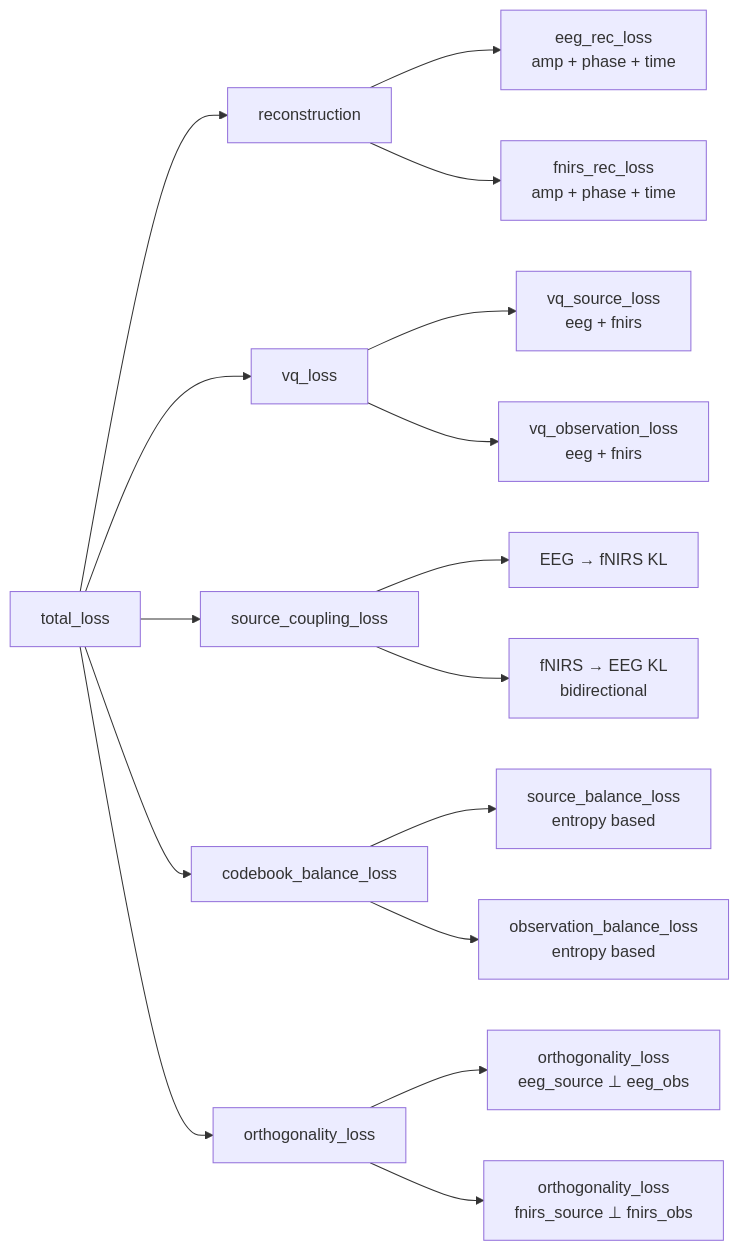
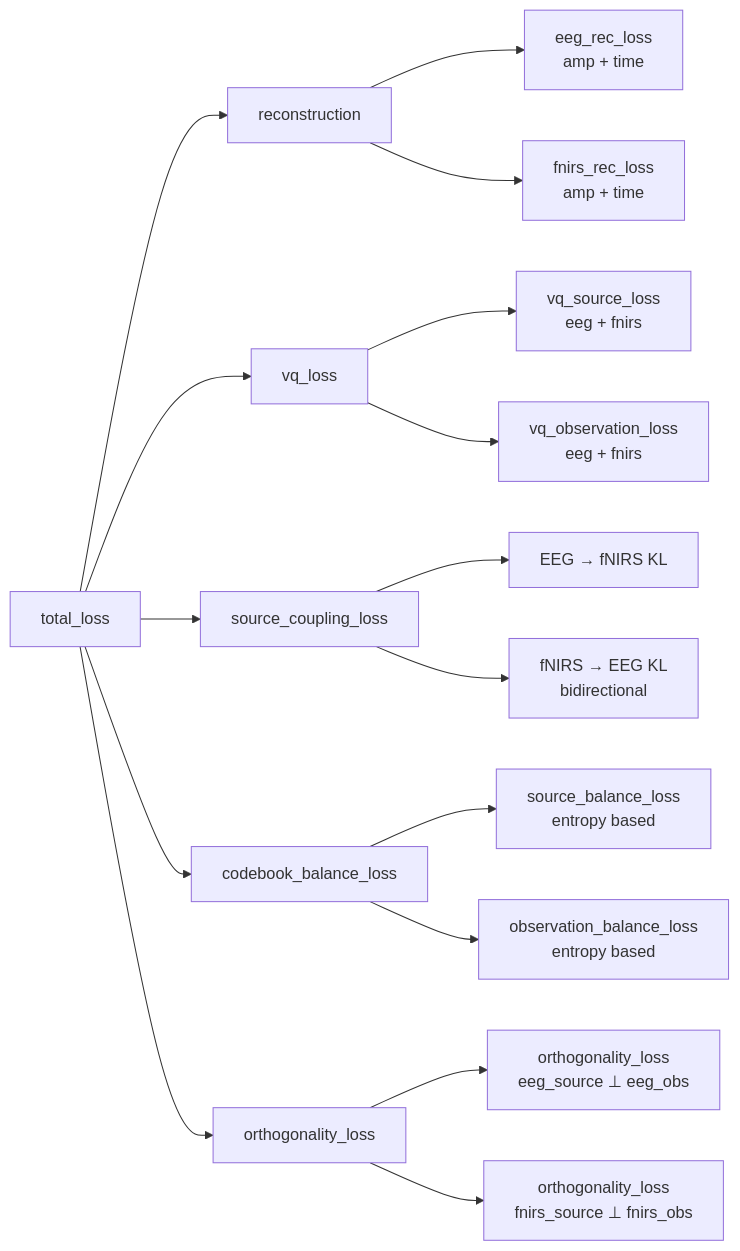
The third of 3 diagrams in docs/ARCHITECTURE.md (Kevin65536/PID-MCM), drawn with Mermaid before and after one commit. The commit also changed other lines of this file and 6 other files, not shown here.

````diff
--- a/docs/ARCHITECTURE.md
+++ b/docs/ARCHITECTURE.md
@@ -142,23 +143,23 @@
 ```mermaid
 graph LR
     TOTAL[total_loss] --> REC[reconstruction]
     TOTAL --> VQ[vq_loss]
     TOTAL --> COUP[source_coupling_loss]
     TOTAL --> BAL[codebook_balance_loss]
     TOTAL --> ORTHO[orthogonality_loss]
 
-    REC --> E_REC[eeg_rec_loss<br/>amp + phase + time]
-    REC --> F_REC[fnirs_rec_loss<br/>amp + phase + time]
+    REC --> E_REC[eeg_rec_loss<br/>amp + time]
+    REC --> F_REC[fnirs_rec_loss<br/>amp + time]
 
     VQ --> VQ_S[vq_source_loss<br/>eeg + fnirs]
     VQ --> VQ_O[vq_observation_loss<br/>eeg + fnirs]
 
     COUP --> COUP_FWD[EEG → fNIRS KL]
     COUP --> COUP_REV[fNIRS → EEG KL<br/>bidirectional]
 
     BAL --> BAL_S[source_balance_loss<br/>entropy based]
     BAL --> BAL_O[observation_balance_loss<br/>entropy based]
 
     ORTHO --> O_E[orthogonality_loss<br/>eeg_source ⊥ eeg_obs]
     ORTHO --> O_F[orthogonality_loss<br/>fnirs_source ⊥ fnirs_obs]
 ```
````
